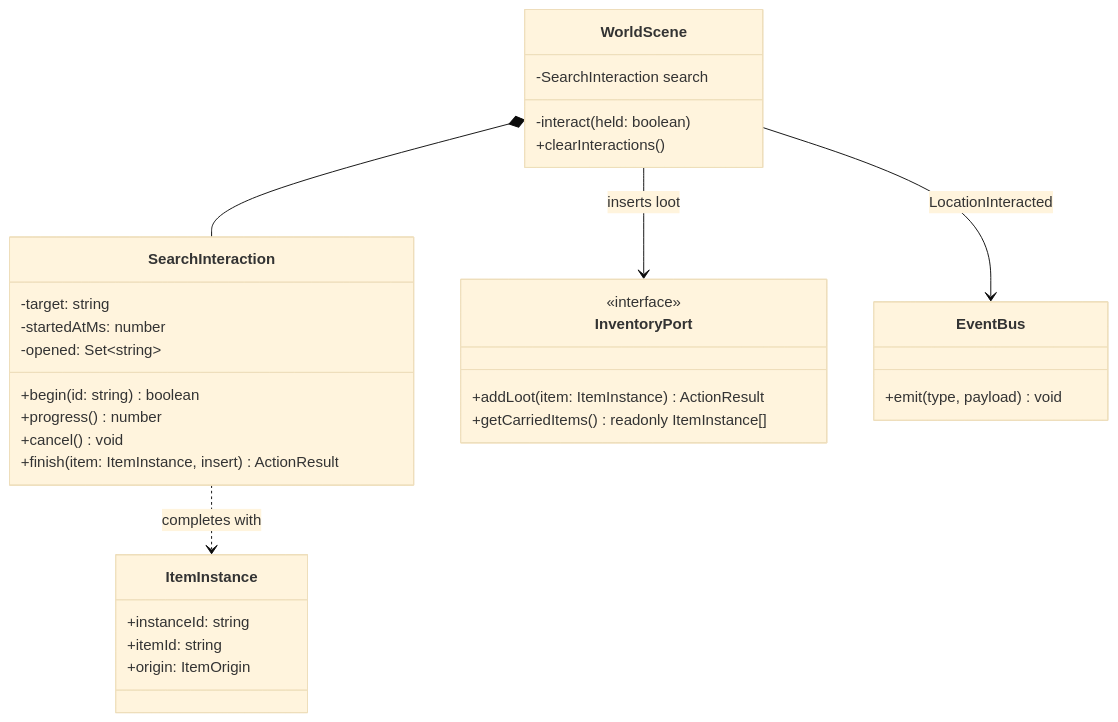
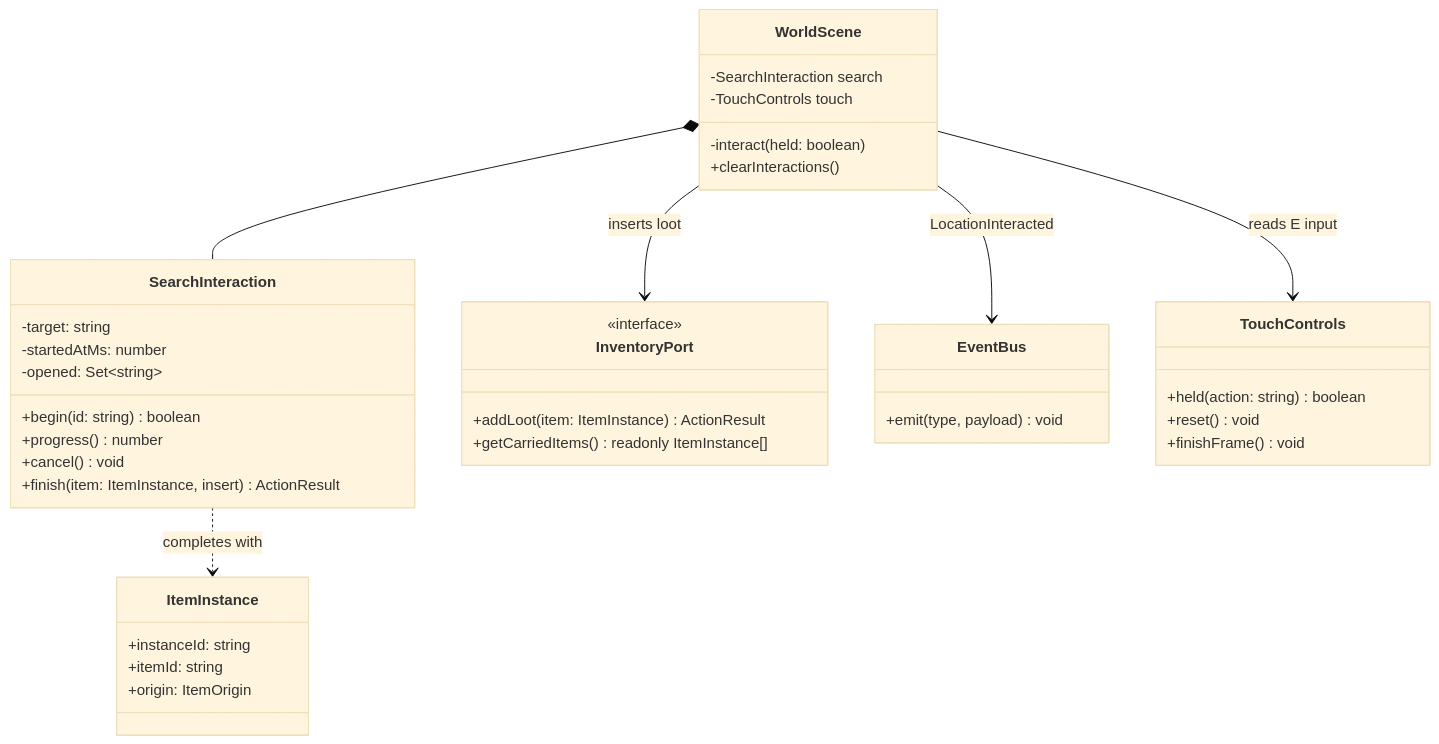
The diagram in docs/diagrams/e-f1-search-class.mmd (sunchao213/bjtu_treasure_hunt), drawn with Mermaid (base theme) before and after one commit. The commit also changed 14 other files, not shown here.

```diff
--- a/docs/diagrams/e-f1-search-class.mmd
+++ b/docs/diagrams/e-f1-search-class.mmd
@@ -1,32 +1,39 @@
 classDiagram
   class WorldScene {
     -SearchInteraction search
+    -TouchControls touch
     -interact(held: boolean)
     +clearInteractions()
   }
   class SearchInteraction {
     -target: string
     -startedAtMs: number
     -opened: Set~string~
     +begin(id: string) boolean
     +progress() number
     +cancel() void
     +finish(item: ItemInstance, insert) ActionResult
   }
   class InventoryPort {
     <<interface>>
     +addLoot(item: ItemInstance) ActionResult
     +getCarriedItems() readonly ItemInstance[]
   }
   class EventBus {
     +emit(type, payload) void
   }
+  class TouchControls {
+    +held(action: string) boolean
+    +reset() void
+    +finishFrame() void
+  }
   class ItemInstance {
     +instanceId: string
     +itemId: string
     +origin: ItemOrigin
   }
   WorldScene *-- SearchInteraction
+  WorldScene --> TouchControls : reads E input
   WorldScene --> InventoryPort : inserts loot
   WorldScene --> EventBus : LocationInteracted
   SearchInteraction ..> ItemInstance : completes with
```
